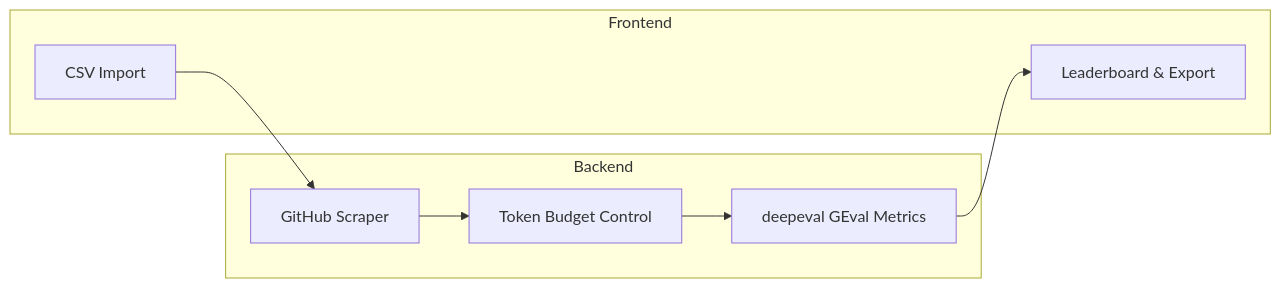
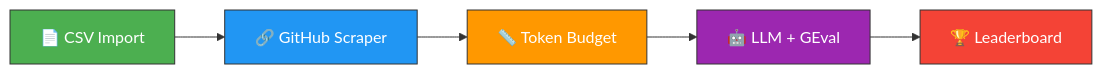
Before and after one commit to ZhanlinCui/Hackathon-Auto-Judge: the diagram in README.md, drawn with Mermaid. The commit also changed other lines of this file and 1 other file, not shown here.

````diff
--- a/README.md
+++ b/README.md
@@ -9,18 +82,13 @@
 ```mermaid
 graph LR
-    A[CSV Import] --> B[GitHub Scraper]
-    B --> C[Token Budget Control]
-    C --> D[deepeval GEval Metrics]
-    D --> E[Leaderboard & Export]
-
-    subgraph Backend
-        B
-        C
-        D
-    end
-
-    subgraph Frontend
-        A
-        E
-    end
+    A["📄 CSV Import"] --> B["🔗 GitHub Scraper"]
+    B --> C["📏 Token Budget"]
+    C --> D["🤖 LLM + GEval"]
+    D --> E["🏆 Leaderboard"]
+    
+    style A fill:#4CAF50,stroke:#333,color:#fff
+    style B fill:#2196F3,stroke:#333,color:#fff
+    style C fill:#FF9800,stroke:#333,color:#fff
+    style D fill:#9C27B0,stroke:#333,color:#fff
+    style E fill:#F44336,stroke:#333,color:#fff
 ```
````
